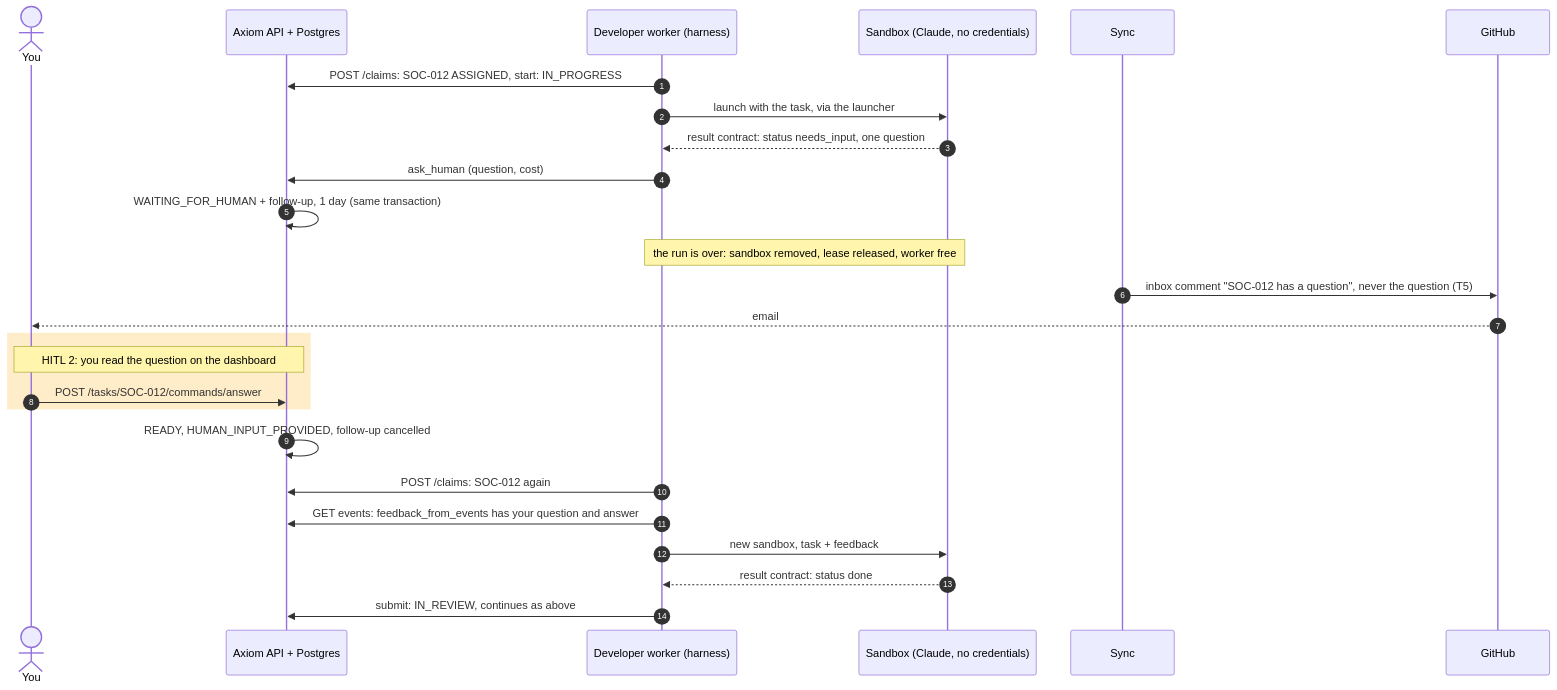
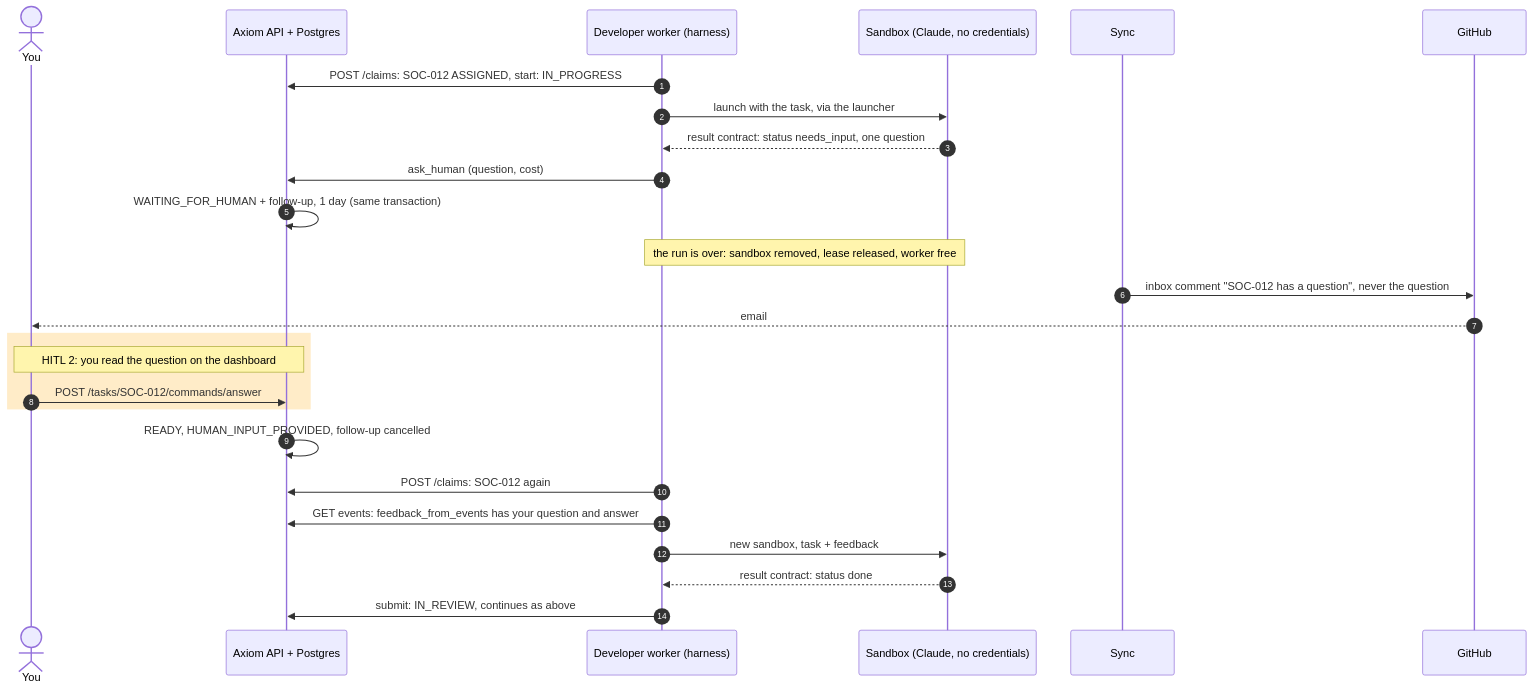
One commit to bharathcmbox/axiom changed the fifth of 8 diagrams in docs/guide/17-continuous-operation.md. Above: the diagram before and after it, drawn with Mermaid. The commit also changed other lines of this file and 28 other files, not shown here.

````diff
--- a/docs/guide/17-continuous-operation.md
+++ b/docs/guide/17-continuous-operation.md
@@ -178,29 +178,29 @@
 ```mermaid
 sequenceDiagram
     autonumber
     actor You
     participant AX as Axiom API + Postgres
     participant W as Developer worker (harness)
     participant SB as Sandbox (Claude, no credentials)
     participant SY as Sync
     participant GH as GitHub
 
     W->>AX: POST /claims: SOC-012 ASSIGNED, start: IN_PROGRESS
     W->>SB: launch with the task, via the launcher
     SB-->>W: result contract: status needs_input, one question
     W->>AX: ask_human (question, cost)
     AX->>AX: WAITING_FOR_HUMAN + follow-up, 1 day (same transaction)
     Note over W,SB: the run is over: sandbox removed, lease released, worker free
-    SY->>GH: inbox comment "SOC-012 has a question", never the question (T5)
+    SY->>GH: inbox comment "SOC-012 has a question", never the question
     GH-->>You: email
     rect rgb(255, 236, 200)
         Note over You,AX: HITL 2: you read the question on the dashboard
         You->>AX: POST /tasks/SOC-012/commands/answer
     end
     AX->>AX: READY, HUMAN_INPUT_PROVIDED, follow-up cancelled
     W->>AX: POST /claims: SOC-012 again
     W->>AX: GET events: feedback_from_events has your question and answer
     W->>SB: new sandbox, task + feedback
     SB-->>W: result contract: status done
     W->>AX: submit: IN_REVIEW, continues as above
 ```
````
